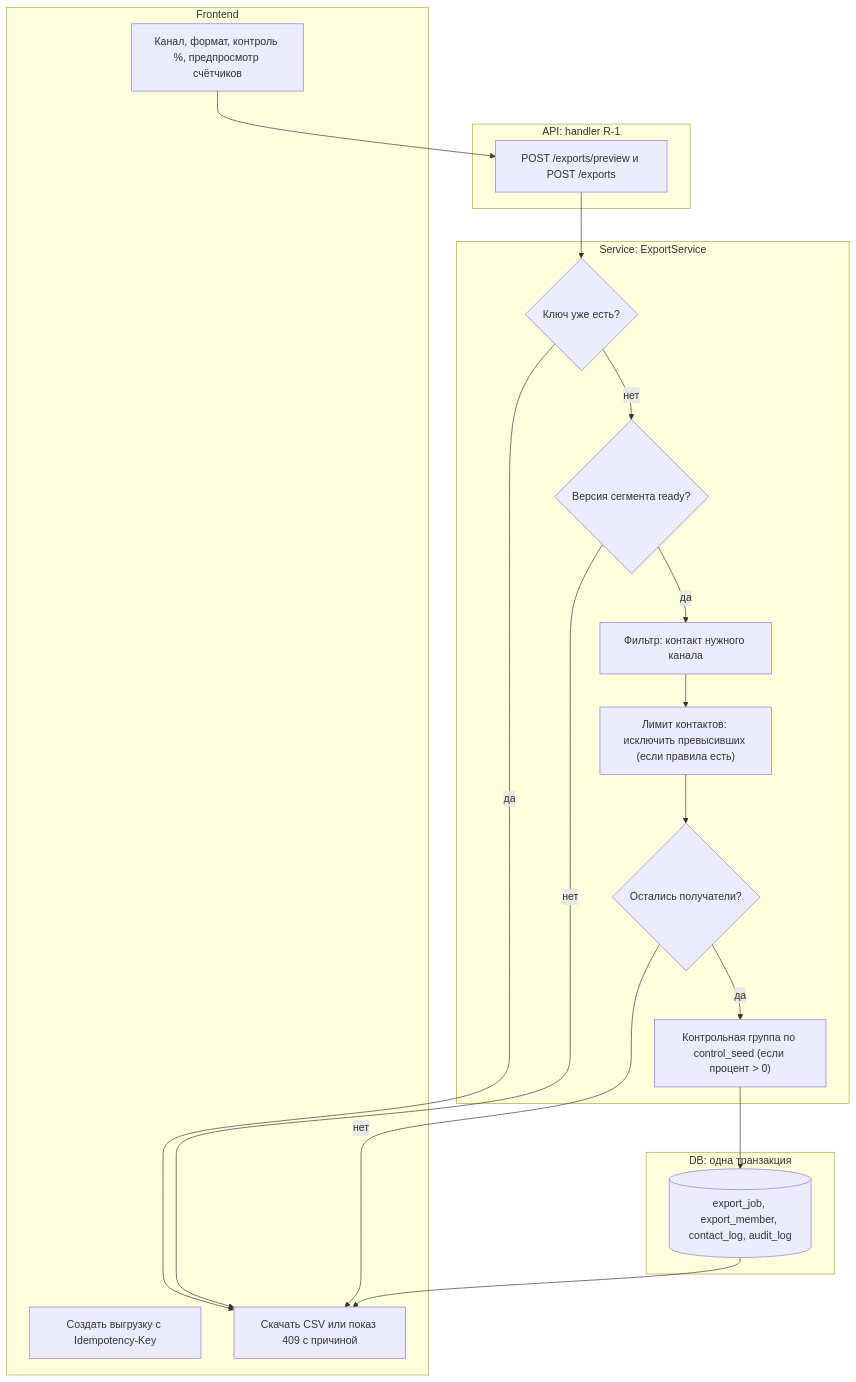
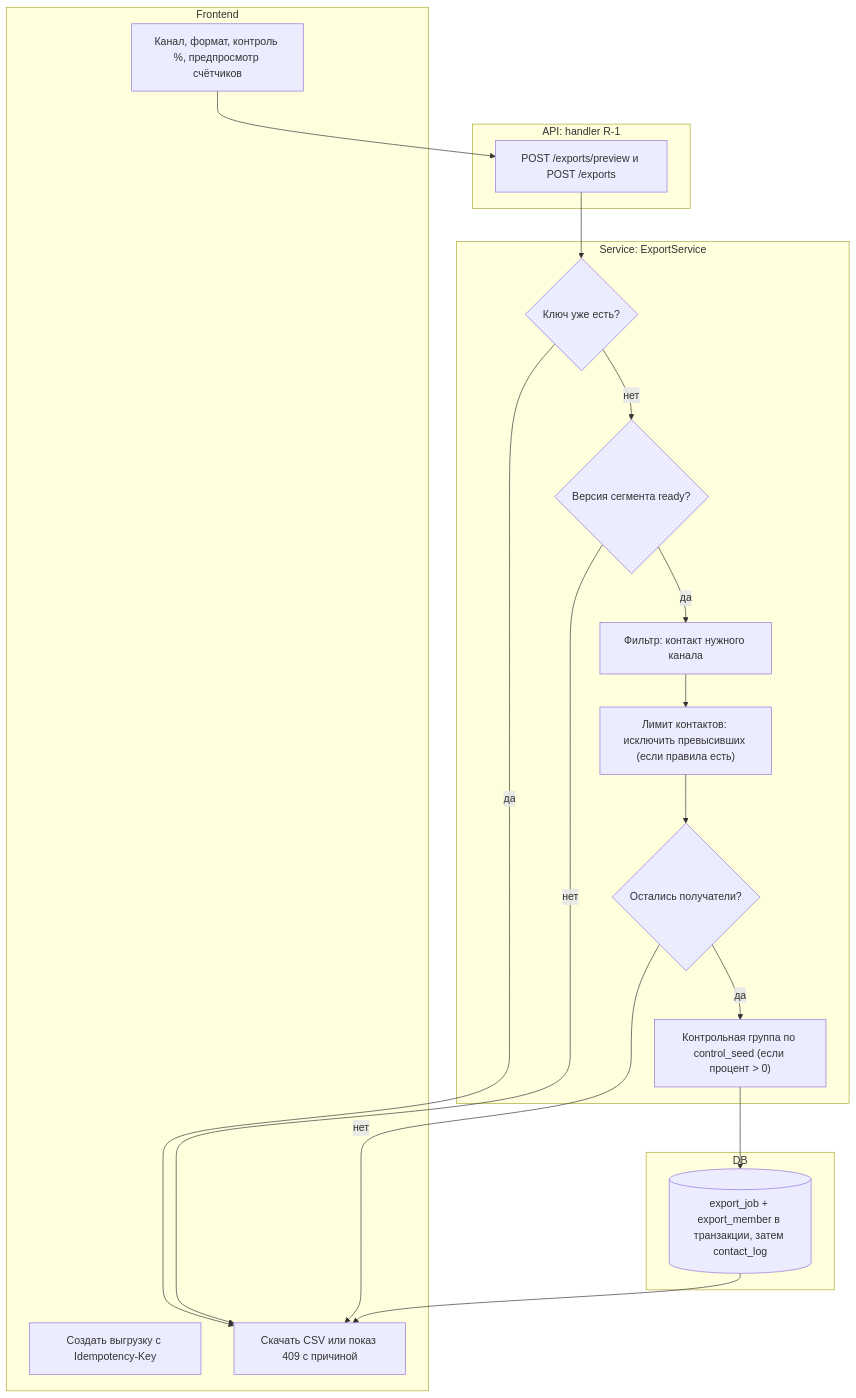
The sixth of 6 diagrams in docs/design/08-activity-diagrams.md (MangriMen/UCRP), drawn with Mermaid before and after one commit. The commit also changed other lines of this file and 195 other files, not shown here.

````diff
--- a/docs/design/08-activity-diagrams.md
+++ b/docs/design/08-activity-diagrams.md
@@ -175,29 +169,29 @@
 ```mermaid
 flowchart TB
   subgraph FE["Frontend"]
     F1["Канал, формат, контроль %, предпросмотр счётчиков"]
     F2["Создать выгрузку с Idempotency-Key"]
     F3["Скачать CSV или показ 409 с причиной"]
   end
   subgraph API["API: handler R-1"]
     A1["POST /exports/preview и POST /exports"]
   end
   subgraph SVC["Service: ExportService"]
     S1{"Ключ уже есть?"}
     S2{"Версия сегмента ready?"}
     S3["Фильтр: контакт нужного канала"]
     S4["Лимит контактов: исключить превысивших (если правила есть)"]
     S5{"Остались получатели?"}
     S6["Контрольная группа по control_seed (если процент > 0)"]
   end
-  subgraph DB["DB: одна транзакция"]
-    D1[("export_job, export_member, contact_log, audit_log")]
+  subgraph DB["DB"]
+    D1[("export_job + export_member в транзакции, затем contact_log")]
   end
   F1 --> A1 --> S1
   S1 -- да --> F3
   S1 -- нет --> S2
   S2 -- нет --> F3
   S2 -- да --> S3 --> S4 --> S5
   S5 -- нет --> F3
   S5 -- да --> S6 --> D1 --> F3
 ```
````
